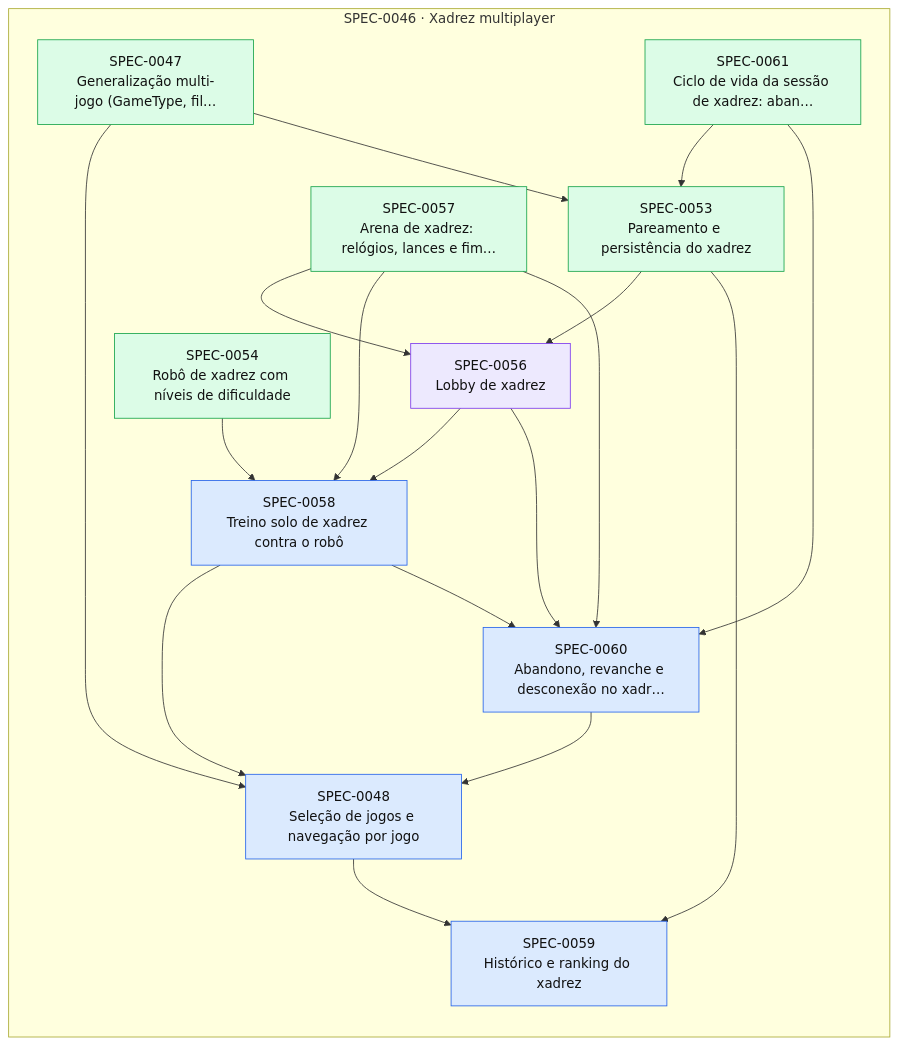
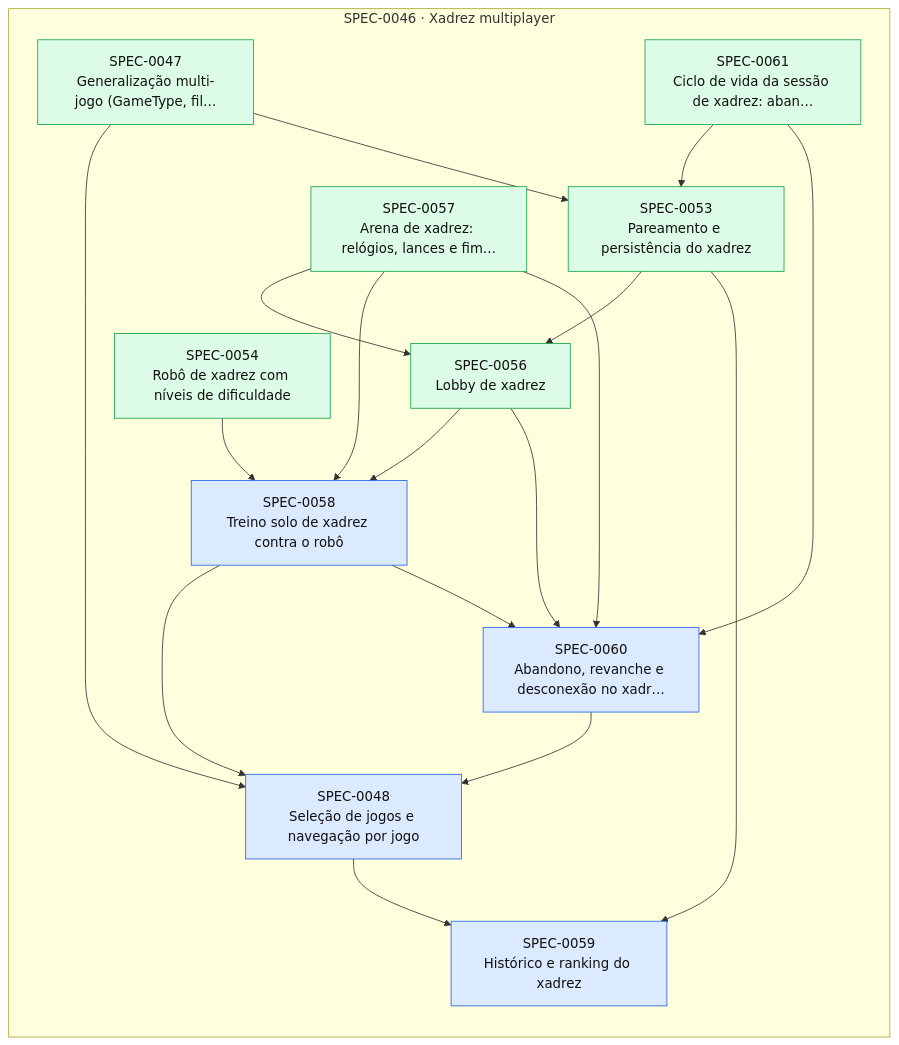
One commit to thomasravache/jogo-da-velha-multiplayer changed the diagram in docs/specs/INDEX.md. Above: the diagram before and after it, drawn with Mermaid. The commit also changed other lines of this file and 2 other files, not shown here.

First line of the commit message:
docs(specs): fechar SPEC-0056 (relatório de entrega e CHANGELOG)

````diff
--- a/docs/specs/INDEX.md
+++ b/docs/specs/INDEX.md
@@ -41,36 +40,36 @@
 ```mermaid
 flowchart LR
   subgraph E0046["SPEC-0046 · Xadrez multiplayer"]
     S0047["SPEC-0047<br/>Generalização multi-jogo (GameType, fil…"]:::implemented
     S0048["SPEC-0048<br/>Seleção de jogos e navegação por jogo"]:::approved
     S0053["SPEC-0053<br/>Pareamento e persistência do xadrez"]:::implemented
     S0054["SPEC-0054<br/>Robô de xadrez com níveis de dificuldade"]:::implemented
-    S0056["SPEC-0056<br/>Lobby de xadrez"]:::inprogress
+    S0056["SPEC-0056<br/>Lobby de xadrez"]:::implemented
     S0057["SPEC-0057<br/>Arena de xadrez: relógios, lances e fim…"]:::implemented
     S0058["SPEC-0058<br/>Treino solo de xadrez contra o robô"]:::approved
     S0059["SPEC-0059<br/>Histórico e ranking do xadrez"]:::approved
     S0060["SPEC-0060<br/>Abandono, revanche e desconexão no xadr…"]:::approved
     S0061["SPEC-0061<br/>Ciclo de vida da sessão de xadrez: aban…"]:::implemented
   end
   S0047 --> S0048
   S0058 --> S0048
   S0060 --> S0048
   S0047 --> S0053
   S0061 --> S0053
   S0053 --> S0056
   S0057 --> S0056
   S0054 --> S0058
   S0056 --> S0058
   S0057 --> S0058
   S0048 --> S0059
   S0053 --> S0059
   S0056 --> S0060
   S0057 --> S0060
   S0058 --> S0060
   S0061 --> S0060
   classDef proposed fill:#fef3c7,stroke:#d97706,color:#111
   classDef approved fill:#dbeafe,stroke:#2563eb,color:#111
   classDef inprogress fill:#ede9fe,stroke:#7c3aed,color:#111
   classDef implemented fill:#dcfce7,stroke:#16a34a,color:#111
   classDef deprecated fill:#f3f4f6,stroke:#9ca3af,color:#6b7280
 ```
````
